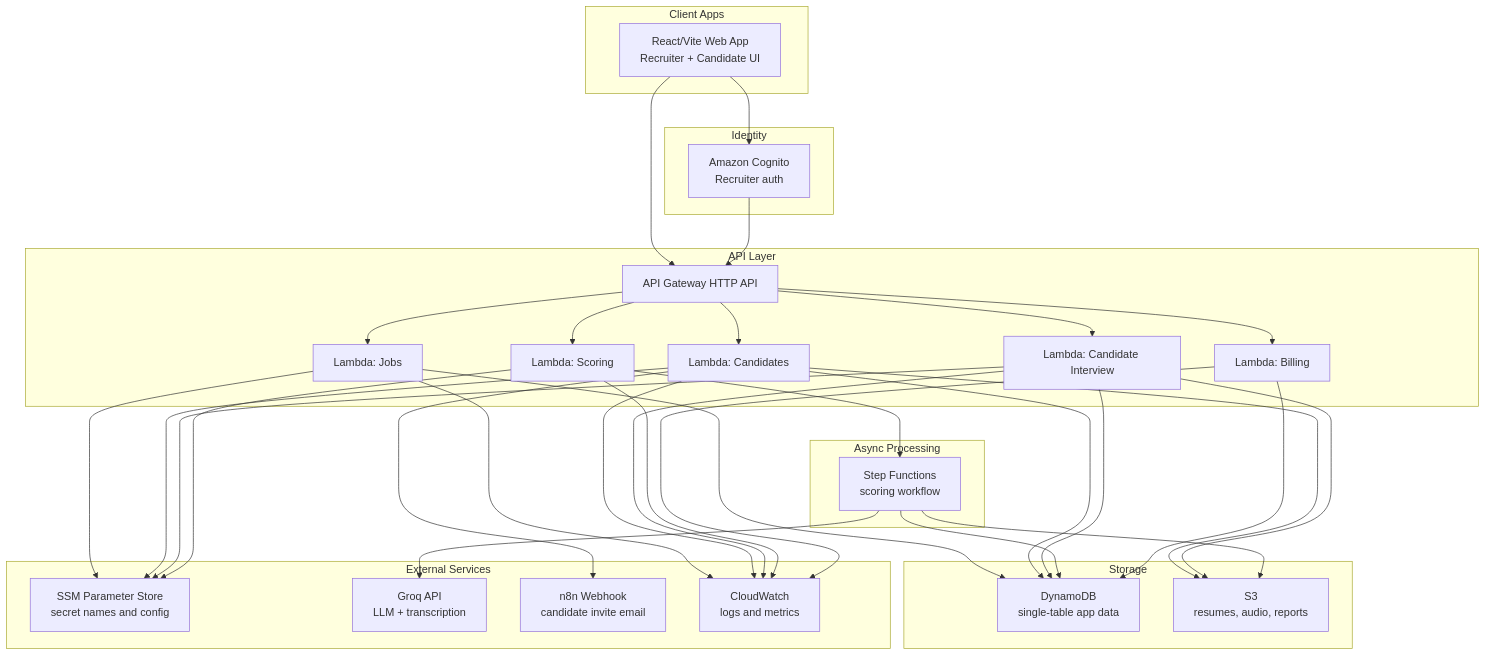
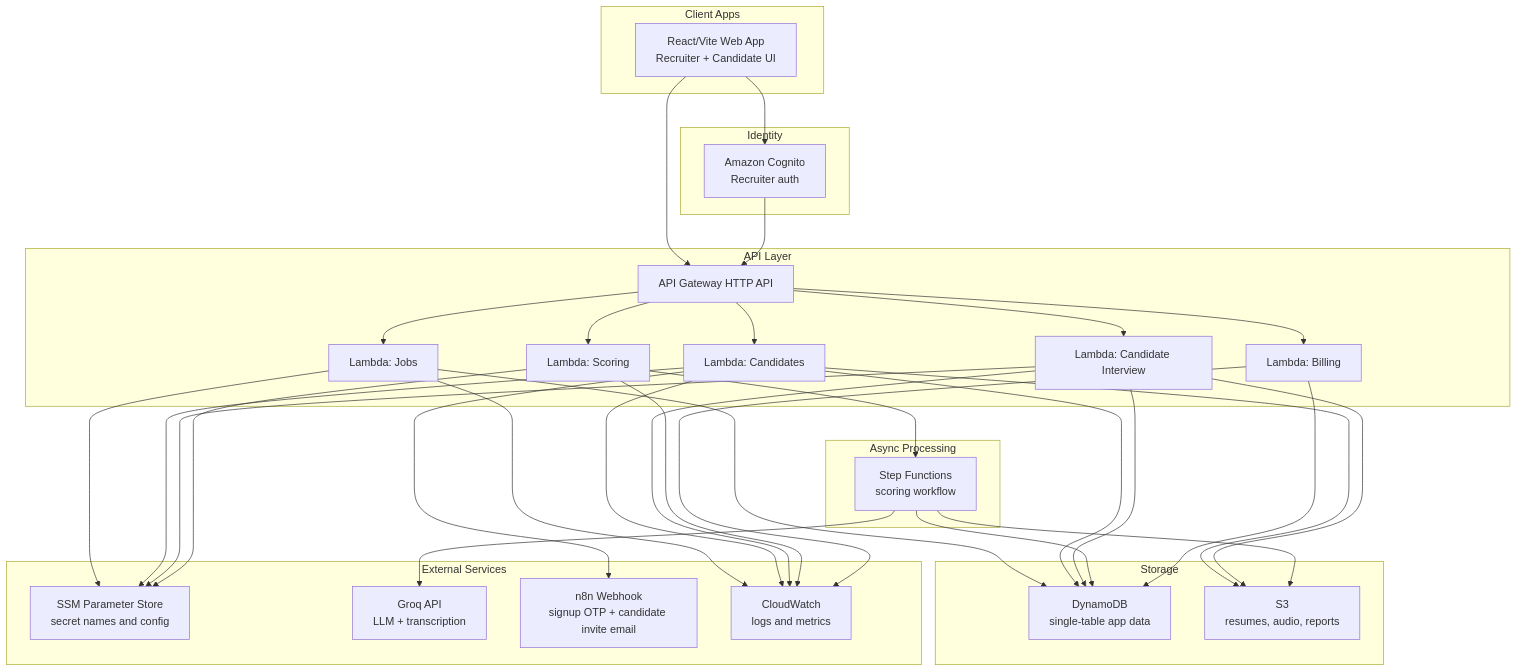
Before and after one commit to Hitan547/ai-behavioral-interviewer-proctoring: the second of 3 diagrams in README.md, drawn with Mermaid. The commit also changed other lines of this file, not shown here.

````diff
--- a/README.md
+++ b/README.md
@@ -275,64 +295,64 @@
 ```mermaid
 flowchart TB
     subgraph Client["Client Apps"]
         FE["React/Vite Web App<br/>Recruiter + Candidate UI"]
     end
 
     subgraph Auth["Identity"]
         COG["Amazon Cognito<br/>Recruiter auth"]
     end
 
     subgraph API["API Layer"]
         HTTP["API Gateway HTTP API"]
         L1["Lambda: Jobs"]
         L2["Lambda: Candidates"]
         L3["Lambda: Candidate Interview"]
         L4["Lambda: Scoring"]
         L5["Lambda: Billing"]
     end
 
     subgraph Data["Storage"]
         DDB["DynamoDB<br/>single-table app data"]
         S3["S3<br/>resumes, audio, reports"]
     end
 
     subgraph Async["Async Processing"]
         SFN["Step Functions<br/>scoring workflow"]
     end
 
     subgraph External["External Services"]
         SSM["SSM Parameter Store<br/>secret names and config"]
         GROQ["Groq API<br/>LLM + transcription"]
-        N8N["n8n Webhook<br/>candidate invite email"]
+        N8N["n8n Webhook<br/>signup OTP + candidate invite email"]
         CW["CloudWatch<br/>logs and metrics"]
     end
 
     FE --> COG
     FE --> HTTP
     COG --> HTTP
     HTTP --> L1
     HTTP --> L2
     HTTP --> L3
     HTTP --> L4
     HTTP --> L5
     L1 --> DDB
     L2 --> DDB
     L2 --> S3
     L3 --> DDB
     L3 --> S3
     L4 --> SFN
     SFN --> DDB
     SFN --> S3
     SFN --> GROQ
     L5 --> DDB
     L1 --> SSM
     L2 --> SSM
     L3 --> SSM
     L4 --> SSM
     L2 --> N8N
     L1 --> CW
     L2 --> CW
     L3 --> CW
     L4 --> CW
     L5 --> CW
 ```
````
